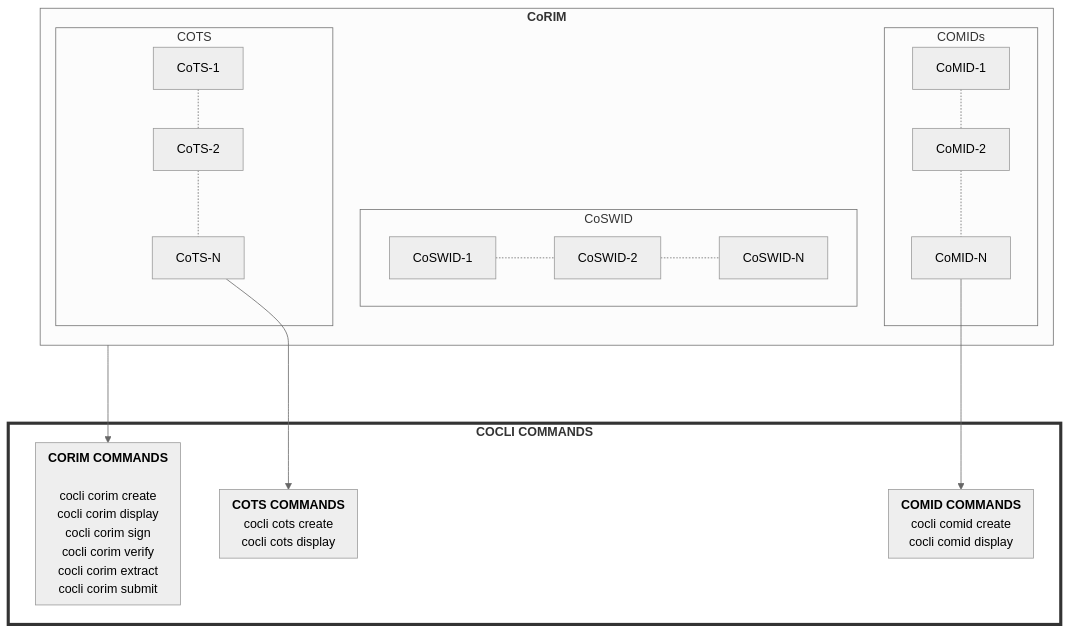
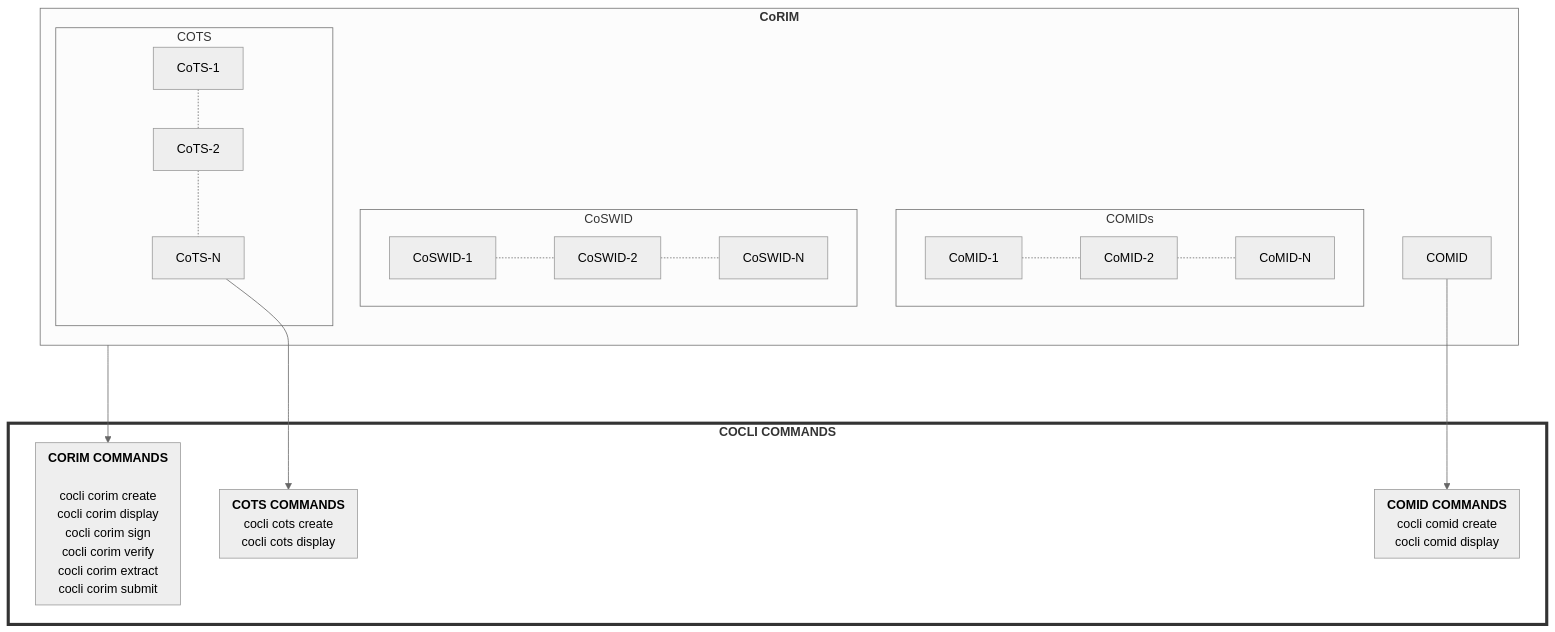
The diagram in test-diagram.md (yogeshbdeshpande/veraison-cca-integration), drawn with Mermaid (neutral theme) before and after one commit.

````diff
--- a/test-diagram.md
+++ b/test-diagram.md
@@ -1,43 +1,43 @@
 ```mermaid 
 flowchart TD
   subgraph COCLI["<b>COCLI COMMANDS</b>"]
     style COCLI fill:#ffffff, stroke:#333,stroke-width:4px
     subgraph COMIDCMD["<b>COMID COMMANDS</b> \n cocli comid create \n cocli comid display"]
     end
     subgraph COTSCMD["<b>COTS COMMANDS</b> \n cocli cots create \n cocli cots display"]
     end
     subgraph CORIMCMD["<b>CORIM COMMANDS</b> \n
         cocli corim create \n cocli corim display \n cocli corim sign \n cocli corim verify\n cocli corim extract\n cocli corim submit"]
     end
   end
  CORIM ---> CORIMCMD
 subgraph CORIM["<b>CoRIM</b>"]
       subgraph CoMID["COMIDs\n"]
         CM3["CoMID-N"]
         CM2["CoMID-2"]
         CM1["CoMID-1"]
         CM1  -.- CM2
         CM2  -.- CM3
-        CM3 --> COMIDCMD
+       
      end
-     
+     COMID ---> COMIDCMD
     subgraph CoSWID["CoSWID\n"]
         CSW1["CoSWID-1"]
         CSW2["CoSWID-2"]
         CSW3["CoSWID-N"]
         CSW1  -.- CSW2
         CSW2 -.- CSW3
     end
 
     subgraph CoTS["COTS\n"]
         CS3["CoTS-N"]
         CS2["CoTS-2"]
         CS1["CoTS-1"]
         CS1  -.- CS2
         CS2  -.- CS3
         CS3 ---> COTSCMD
     end
 
 end
  
 ```
````
